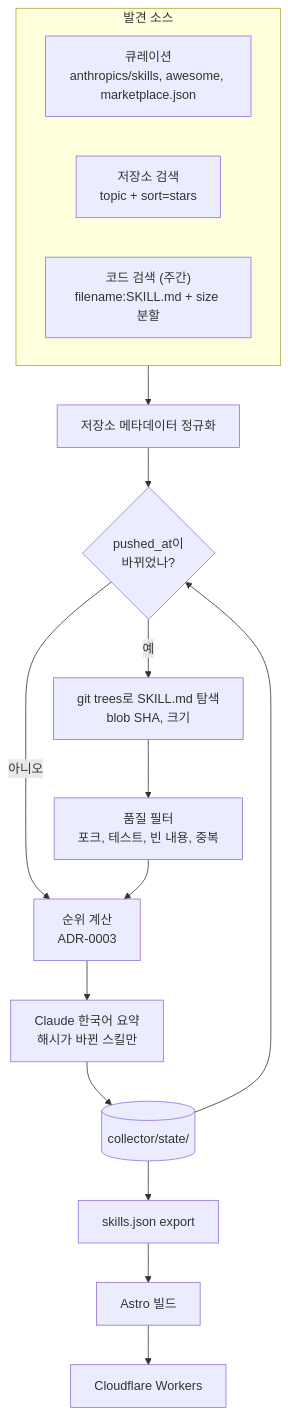
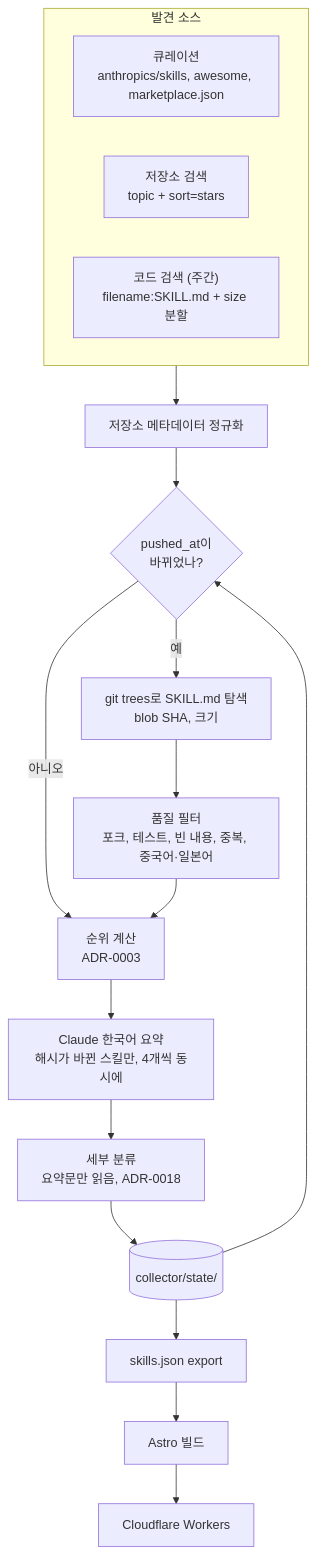
Before and after one commit to jhs3104/skillmoa: the diagram in docs/data-flow.md, drawn with Mermaid. The commit also changed other lines of this file and 26 other files, not shown here.

````diff
--- a/docs/data-flow.md
+++ b/docs/data-flow.md
@@ -3,21 +3,22 @@
 ```mermaid
 flowchart TD
     subgraph sources["발견 소스"]
         curated["큐레이션<br/>anthropics/skills, awesome, marketplace.json"]
         topics["저장소 검색<br/>topic + sort=stars"]
         code["코드 검색 (주간)<br/>filename:SKILL.md + size 분할"]
     end
     state[("collector/state/")]
     sources --> metadata["저장소 메타데이터 정규화"]
     metadata --> gate{"pushed_at이<br/>바뀌었나?"}
     state --> gate
     gate -- 예 --> tree["git trees로 SKILL.md 탐색<br/>blob SHA, 크기"]
     gate -- 아니오 --> rank
-    tree --> filter["품질 필터<br/>포크, 테스트, 빈 내용, 중복"]
+    tree --> filter["품질 필터<br/>포크, 테스트, 빈 내용, 중복, 중국어·일본어"]
     filter --> rank["순위 계산<br/>ADR-0003"]
-    rank --> summarize["Claude 한국어 요약<br/>해시가 바뀐 스킬만"]
-    summarize --> state
+    rank --> summarize["Claude 한국어 요약<br/>해시가 바뀐 스킬만, 4개씩 동시에"]
+    summarize --> classify["세부 분류<br/>요약문만 읽음, ADR-0018"]
+    classify --> state
     state --> export["skills.json export"]
     export --> site["Astro 빌드"]
     site --> workers["Cloudflare Workers"]
 ```
````
